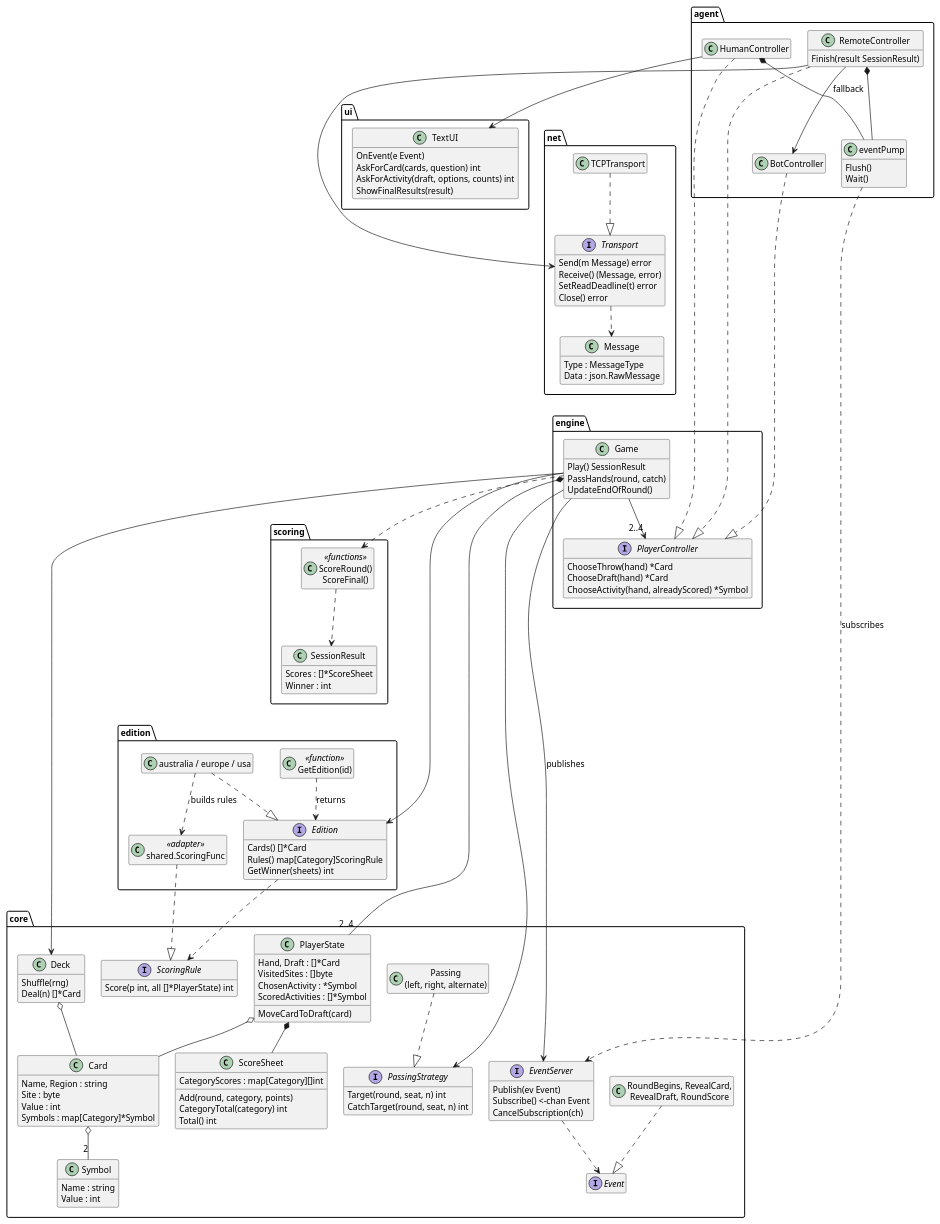
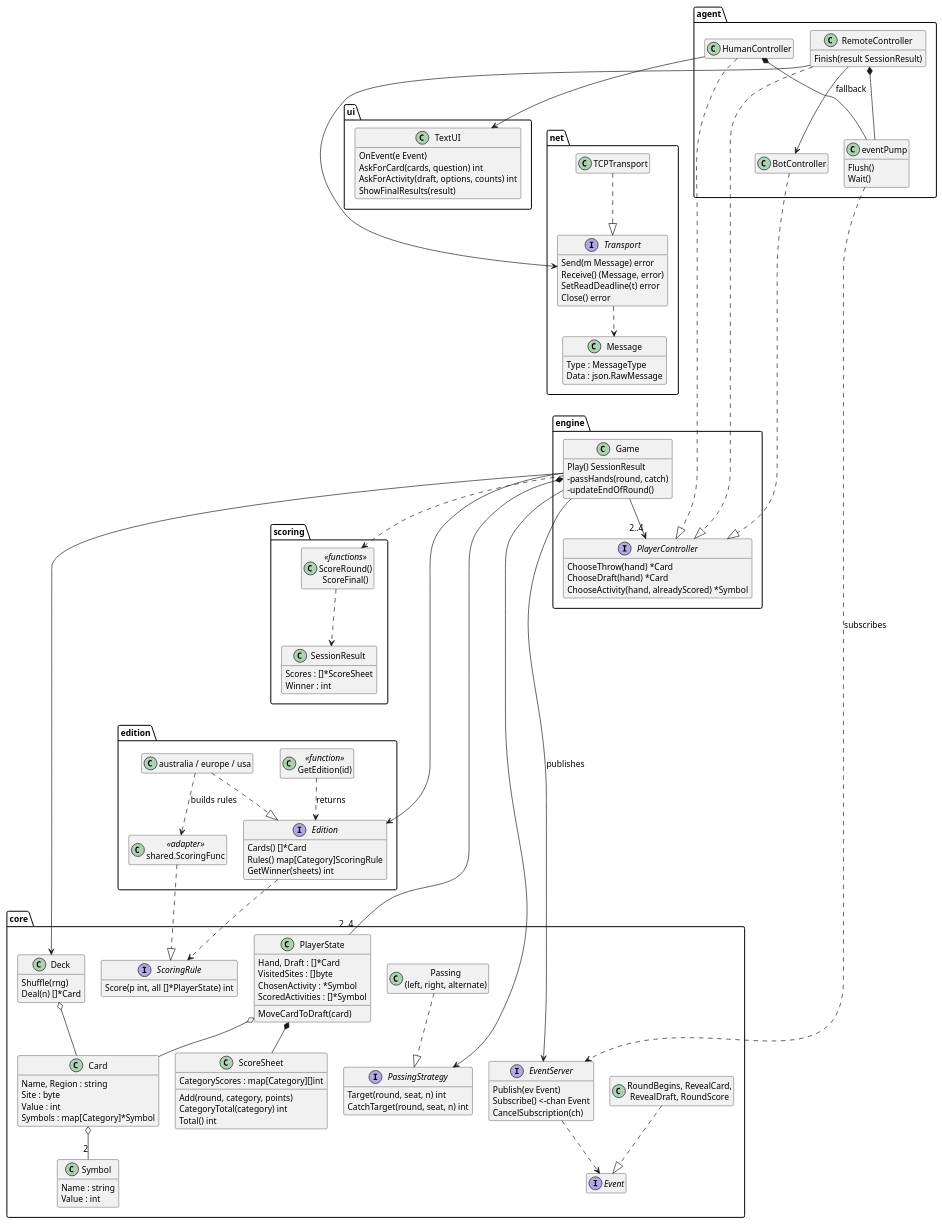
One commit to BlackestDawn/ltu-boomerang changed the diagram in docs/diagrams/classes.puml. Above: the diagram before and after it, drawn with PlantUML. The commit also changed 4 other files, not shown here.

```diff
--- a/docs/diagrams/classes.puml
+++ b/docs/diagrams/classes.puml
@@ -1,157 +1,157 @@
 @startuml classes
 skinparam defaultFontName Arial
 skinparam defaultFontSize 13
 skinparam shadowing false
 skinparam classAttributeIconSize 0
 skinparam nodesep 25
 skinparam ranksep 45
 hide empty members
 top to bottom direction
 
 package agent {
   class HumanController
   class BotController
   class RemoteController {
     Finish(result SessionResult)
   }
   class eventPump {
     Flush()
     Wait()
   }
 }
 package ui {
   class TextUI {
     OnEvent(e Event)
     AskForCard(cards, question) int
     AskForActivity(draft, options, counts) int
     ShowFinalResults(result)
   }
 }
 package net {
   interface Transport {
     Send(m Message) error
     Receive() (Message, error)
     SetReadDeadline(t) error
     Close() error
   }
   class TCPTransport
   class Message {
     Type : MessageType
     Data : json.RawMessage
   }
 }
 package engine {
   class Game {
     Play() SessionResult
-    PassHands(round, catch)
-    UpdateEndOfRound()
+    -passHands(round, catch)
+    -updateEndOfRound()
   }
   interface PlayerController {
     ChooseThrow(hand) *Card
     ChooseDraft(hand) *Card
     ChooseActivity(hand, alreadyScored) *Symbol
   }
 }
 package scoring {
   class SessionResult {
     Scores : []*ScoreSheet
     Winner : int
   }
   class "ScoreRound()\nScoreFinal()" as ScoringFuncs <<functions>>
 }
 package edition {
   interface Edition {
     Cards() []*Card
     Rules() map[Category]ScoringRule
     GetWinner(sheets) int
   }
   class "GetEdition(id)" as Registry <<function>>
   class "australia / europe / usa" as Editions
   class "shared.ScoringFunc" as ScoringFunc <<adapter>>
 }
 package core {
   interface ScoringRule {
     Score(p int, all []*PlayerState) int
   }
   interface PassingStrategy {
     Target(round, seat, n) int
     CatchTarget(round, seat, n) int
   }
   class "Passing\n(left, right, alternate)" as Passing
   interface EventServer {
     Publish(ev Event)
     Subscribe() <-chan Event
     CancelSubscription(ch)
   }
   interface Event
   class "RoundBegins, RevealCard,\nRevealDraft, RoundScore" as Events
   class PlayerState {
     Hand, Draft : []*Card
     VisitedSites : []byte
     ChosenActivity : *Symbol
     ScoredActivities : []*Symbol
     MoveCardToDraft(card)
   }
   class ScoreSheet {
     CategoryScores : map[Category][]int
     Add(round, category, points)
     CategoryTotal(category) int
     Total() int
   }
   class Deck {
     Shuffle(rng)
     Deal(n) []*Card
   }
   class Card {
     Name, Region : string
     Site : byte
     Value : int
     Symbols : map[Category]*Symbol
   }
   class Symbol {
     Name : string
     Value : int
   }
 }
 
 HumanController ..|> PlayerController
 BotController ..|> PlayerController
 RemoteController ..|> PlayerController
 RemoteController --> Transport
 RemoteController --> BotController : fallback
 RemoteController *-- eventPump
 HumanController *-- eventPump
 HumanController --> TextUI
 TCPTransport ..|> Transport
 Transport ..> Message
 eventPump ..> EventServer : subscribes
 
 Game --> "2..4" PlayerController
 Game --> EventServer : publishes
 Game --> Edition
 Game --> PassingStrategy
 Game *-- "2..4" PlayerState
 Game --> Deck
 Game ..> ScoringFuncs
 ScoringFuncs ..> SessionResult
 
 Registry ..> Edition : returns
 Editions ..|> Edition
 Editions ..> ScoringFunc : builds rules
 ScoringFunc ..|> ScoringRule
 Edition ..> ScoringRule
 
 Passing ..|> PassingStrategy
 Events ..|> Event
 EventServer ..> Event
 PlayerState *-- ScoreSheet
 PlayerState o-- Card
 Deck o-- Card
 Card o-- "2" Symbol
 
 ' Layout hints: stack the packages and keep each one narrow.
 TextUI -[hidden]down- Transport
 Message -[hidden]down- Game
 SessionResult -[hidden]down- Registry
 Passing -[hidden]down- EventServer
 @enduml
```
